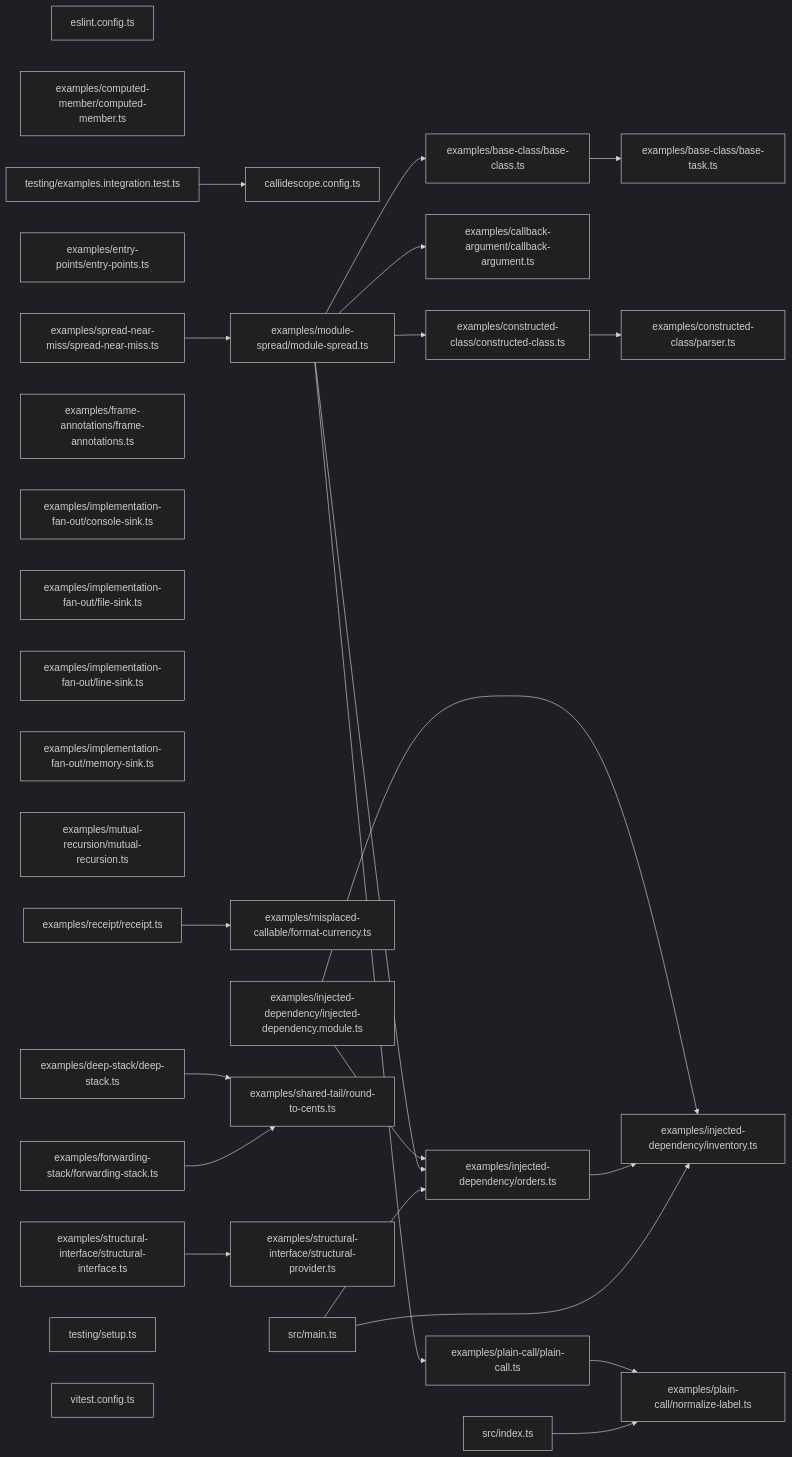
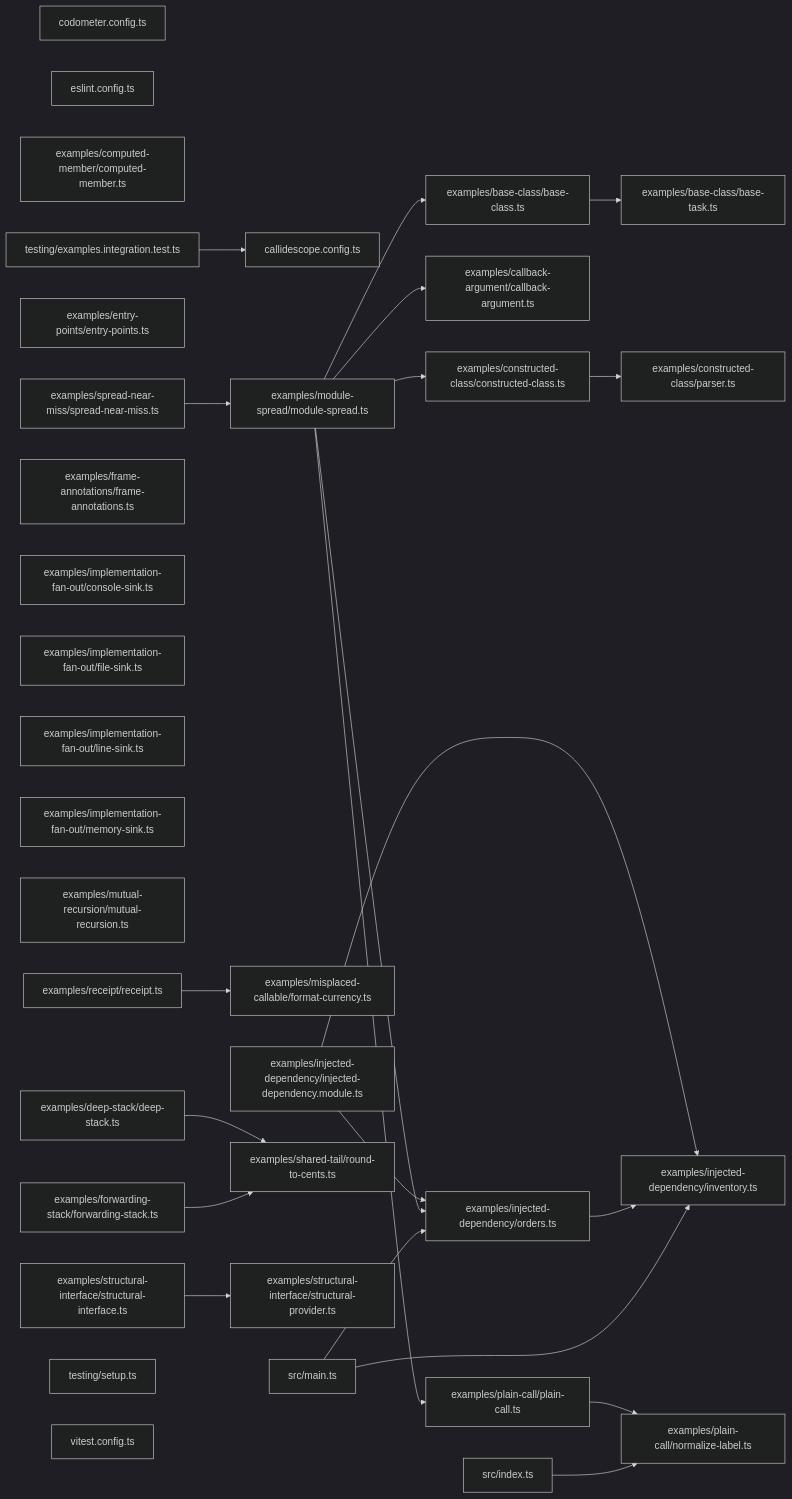
The second of 2 diagrams in packages/callidescope-examples/README.md (JimmyPaolini/codebase), drawn with Mermaid (dark theme) before and after one commit. The commit also changed other lines of this file and 50 other files, not shown here.

````diff
--- a/packages/callidescope-examples/README.md
+++ b/packages/callidescope-examples/README.md
@@ -713,57 +713,58 @@
 ```mermaid
 graph LR
   file_callidescope_config_ts["callidescope.config.ts"]
+  file_codometer_config_ts["codometer.config.ts"]
   file_eslint_config_ts["eslint.config.ts"]
   file_examples_base_class_base_class_ts["examples/base-class/base-class.ts"]
   file_examples_base_class_base_task_ts["examples/base-class/base-task.ts"]
   file_examples_callback_argument_callback_argument_ts["examples/callback-argument/callback-argument.ts"]
   file_examples_computed_member_computed_member_ts["examples/computed-member/computed-member.ts"]
   file_examples_constructed_class_constructed_class_ts["examples/constructed-class/constructed-class.ts"]
   file_examples_constructed_class_parser_ts["examples/constructed-class/parser.ts"]
   file_examples_deep_stack_deep_stack_ts["examples/deep-stack/deep-stack.ts"]
   file_examples_entry_points_entry_points_ts["examples/entry-points/entry-points.ts"]
   file_examples_forwarding_stack_forwarding_stack_ts["examples/forwarding-stack/forwarding-stack.ts"]
   file_examples_frame_annotations_frame_annotations_ts["examples/frame-annotations/frame-annotations.ts"]
   file_examples_implementation_fan_out_console_sink_ts["examples/implementation-fan-out/console-sink.ts"]
   file_examples_implementation_fan_out_file_sink_ts["examples/implementation-fan-out/file-sink.ts"]
   file_examples_implementation_fan_out_line_sink_ts["examples/implementation-fan-out/line-sink.ts"]
   file_examples_implementation_fan_out_memory_sink_ts["examples/implementation-fan-out/memory-sink.ts"]
   file_examples_injected_dependency_injected_dependency_module_ts["examples/injected-dependency/injected-dependency.module.ts"]
   file_examples_injected_dependency_inventory_ts["examples/injected-dependency/inventory.ts"]
   file_examples_injected_dependency_orders_ts["examples/injected-dependency/orders.ts"]
   file_examples_misplaced_callable_format_currency_ts["examples/misplaced-callable/format-currency.ts"]
   file_examples_module_spread_module_spread_ts["examples/module-spread/module-spread.ts"]
   file_examples_mutual_recursion_mutual_recursion_ts["examples/mutual-recursion/mutual-recursion.ts"]
   file_examples_plain_call_normalize_label_ts["examples/plain-call/normalize-label.ts"]
   file_examples_plain_call_plain_call_ts["examples/plain-call/plain-call.ts"]
   file_examples_receipt_receipt_ts["examples/receipt/receipt.ts"]
   file_examples_shared_tail_round_to_cents_ts["examples/shared-tail/round-to-cents.ts"]
   file_examples_spread_near_miss_spread_near_miss_ts["examples/spread-near-miss/spread-near-miss.ts"]
   file_examples_structural_interface_structural_interface_ts["examples/structural-interface/structural-interface.ts"]
   file_examples_structural_interface_structural_provider_ts["examples/structural-interface/structural-provider.ts"]
   file_src_index_ts["src/index.ts"]
   file_src_main_ts["src/main.ts"]
-  file_testing_findings_integration_test_ts["testing/examples.integration.test.ts"]
+  file_testing_examples_integration_test_ts["testing/examples.integration.test.ts"]
   file_testing_setup_ts["testing/setup.ts"]
   file_vitest_config_ts["vitest.config.ts"]
   file_examples_base_class_base_class_ts --> file_examples_base_class_base_task_ts
   file_examples_constructed_class_constructed_class_ts --> file_examples_constructed_class_parser_ts
   file_examples_deep_stack_deep_stack_ts --> file_examples_shared_tail_round_to_cents_ts
   file_examples_forwarding_stack_forwarding_stack_ts --> file_examples_shared_tail_round_to_cents_ts
   file_examples_injected_dependency_injected_dependency_module_ts --> file_examples_injected_dependency_inventory_ts
   file_examples_injected_dependency_injected_dependency_module_ts --> file_examples_injected_dependency_orders_ts
   file_examples_injected_dependency_orders_ts --> file_examples_injected_dependency_inventory_ts
   file_examples_module_spread_module_spread_ts --> file_examples_base_class_base_class_ts
   file_examples_module_spread_module_spread_ts --> file_examples_callback_argument_callback_argument_ts
   file_examples_module_spread_module_spread_ts --> file_examples_constructed_class_constructed_class_ts
   file_examples_module_spread_module_spread_ts --> file_examples_injected_dependency_orders_ts
   file_examples_module_spread_module_spread_ts --> file_examples_plain_call_plain_call_ts
   file_examples_plain_call_plain_call_ts --> file_examples_plain_call_normalize_label_ts
   file_examples_receipt_receipt_ts --> file_examples_misplaced_callable_format_currency_ts
   file_examples_spread_near_miss_spread_near_miss_ts --> file_examples_module_spread_module_spread_ts
   file_examples_structural_interface_structural_interface_ts --> file_examples_structural_interface_structural_provider_ts
   file_src_index_ts --> file_examples_plain_call_normalize_label_ts
   file_src_main_ts --> file_examples_injected_dependency_inventory_ts
   file_src_main_ts --> file_examples_injected_dependency_orders_ts
-  file_testing_findings_integration_test_ts --> file_callidescope_config_ts
+  file_testing_examples_integration_test_ts --> file_callidescope_config_ts
 ```
````
